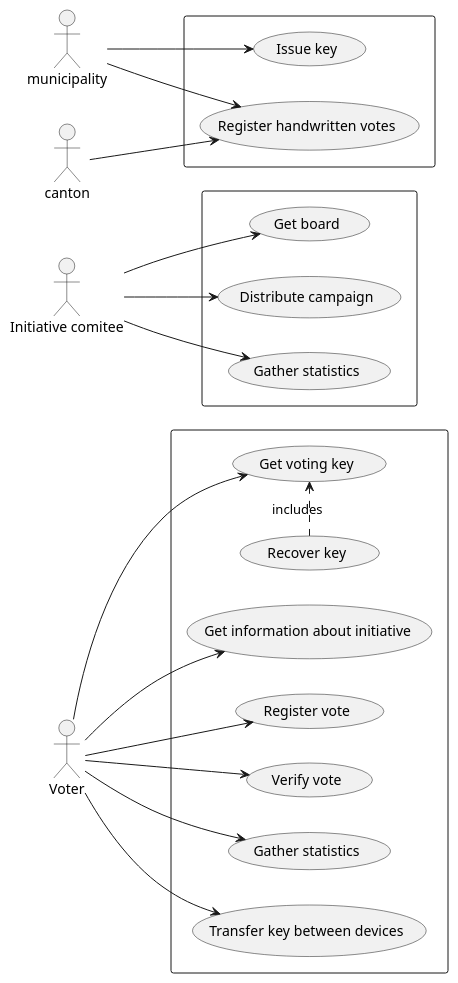
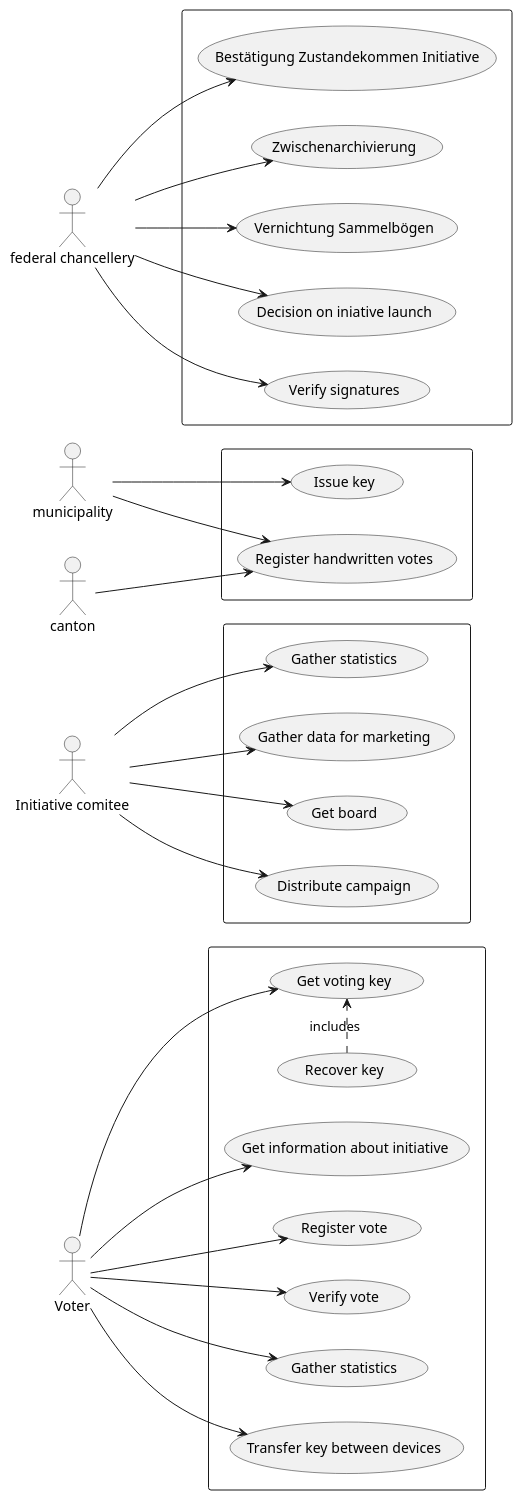
Before and after one commit to swiss/e-collecting-hackathon-team6: the diagram in ux/use-cases.puml, drawn with PlantUML. The commit also changed 1 other file, not shown here.

```diff
--- a/ux/use-cases.puml
+++ b/ux/use-cases.puml
@@ -1,45 +1,61 @@
 @startuml
 left to right direction
 
 actor "Initiative comitee" as ic
 rectangle {
   usecase "Get board" as ic_uc1
   usecase "Distribute campaign" as ic_uc2
   usecase "Gather statistics" as ic_uc3
+  usecase "Gather data for marketing" as ic_uc4
   
 }
 ic-->ic_uc1
 ic-->ic_uc2
 ic-->ic_uc3
+ic-->ic_uc4
 
 actor "Voter" as vot
 rectangle {
   usecase "Get voting key" as vot_uc1
   usecase "Get information about initiative" as vot_uc2
   usecase "Register vote" as vot_uc3
   usecase "Verify vote" as vot_uc4
   usecase "Gather statistics" as vot_uc5
   usecase "Transfer key between devices" as vot_uc6
   usecase "Recover key" as vot_uc7
 }
 vot-->vot_uc1
 vot-->vot_uc2
 vot-->vot_uc3
 vot-->vot_uc4
 vot-->vot_uc5
 vot-->vot_uc6
 vot_uc7 .> vot_uc1 : includes
 
 actor "canton" as can
 actor "municipality" as mun
 rectangle {
   usecase "Issue key" as mun_uc1
   usecase "Register handwritten votes" as mun_uc2
 
   
 }
 mun-->mun_uc1
 mun-->mun_uc2
 can-->mun_uc2
 
+actor "federal chancellery" as fc
+rectangle {
+  usecase "Decision on iniative launch" as fc_uc1
+  usecase "Verify signatures" as fc_uc2
+  usecase "Bestätigung Zustandekommen Initiative" as fc_uc3
+  usecase "Zwischenarchivierung" as fc_uc4
+  usecase "Vernichtung Sammelbögen" as fc_uc5
+}
+fc-->fc_uc1
+fc-->fc_uc2
+fc-->fc_uc3
+fc-->fc_uc4
+fc-->fc_uc5
+
 @enduml
```
